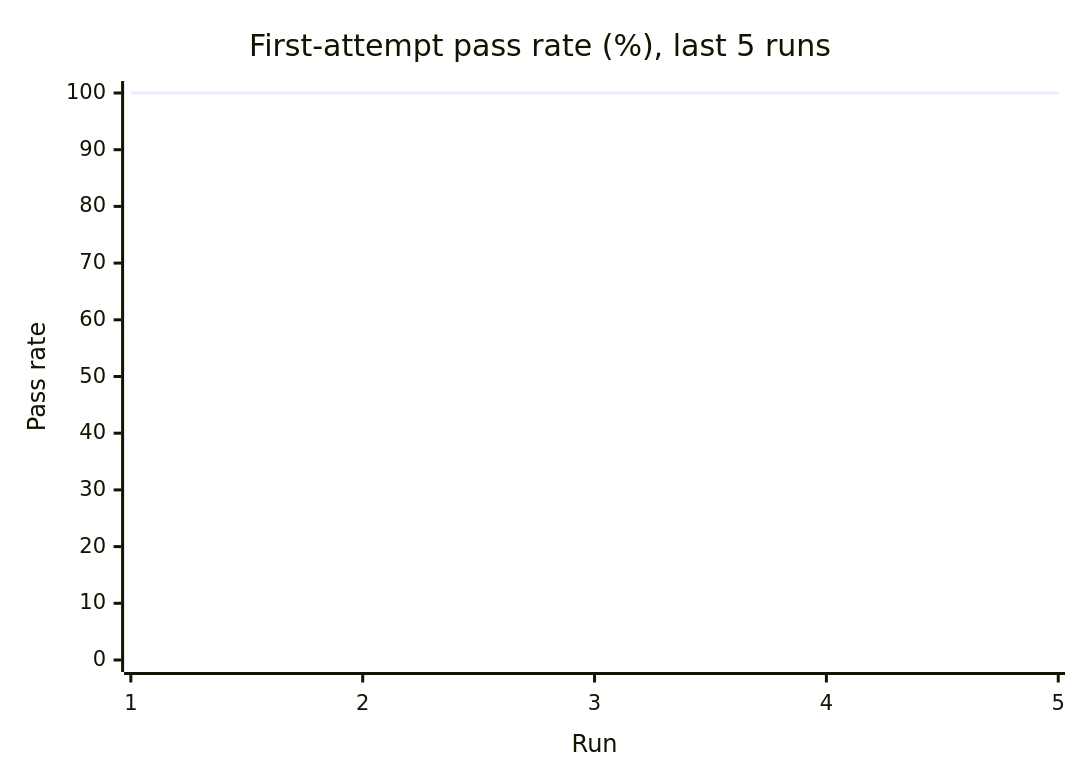
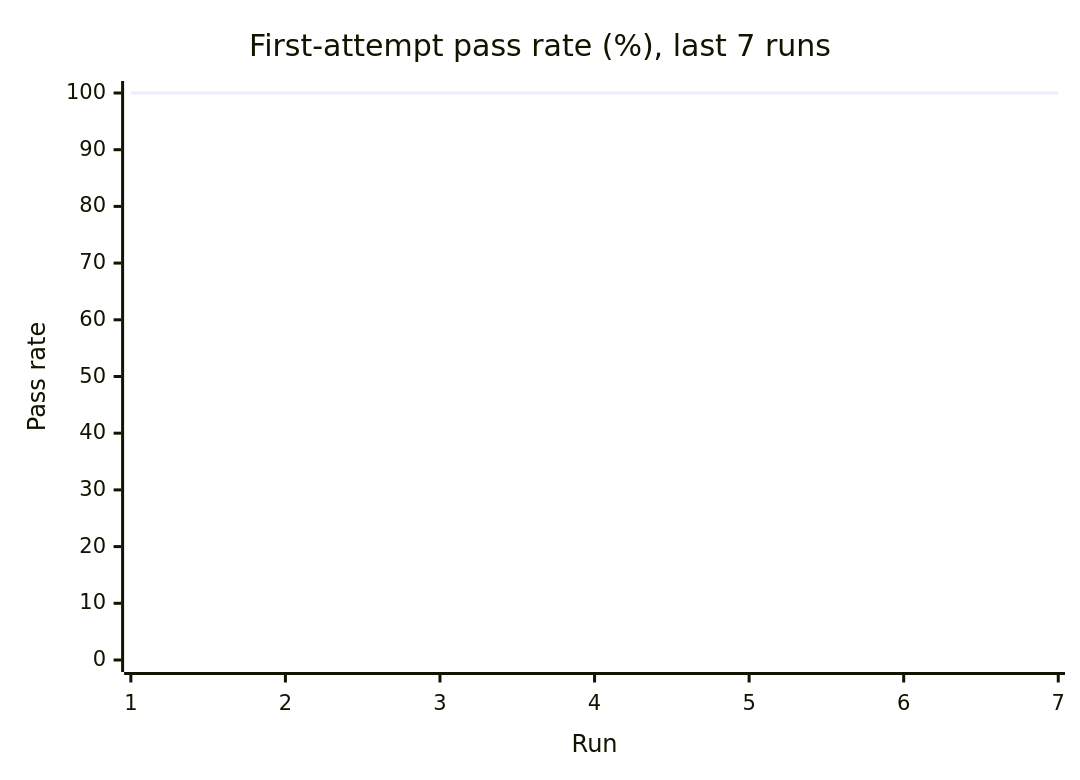
Before and after one commit to Shirojoufu/DORA-Metrics: the first of 3 diagrams in reports/summary.md, drawn with Mermaid. The commit also changed other lines of this file and 5 other files, not shown here.

````diff
--- a/reports/summary.md
+++ b/reports/summary.md
@@ -17,7 +17,7 @@
 ```mermaid
 xychart-beta
-    title "First-attempt pass rate (%), last 5 runs"
-    x-axis "Run" [1, 2, 3, 4, 5]
+    title "First-attempt pass rate (%), last 7 runs"
+    x-axis "Run" [1, 2, 3, 4, 5, 6, 7]
     y-axis "Pass rate" 0 --> 100
-    line [100.0, 100.0, 100.0, 100.0, 100.0]
+    line [100.0, 100.0, 100.0, 100.0, 100.0, 100.0, 100.0]
 ```
````
